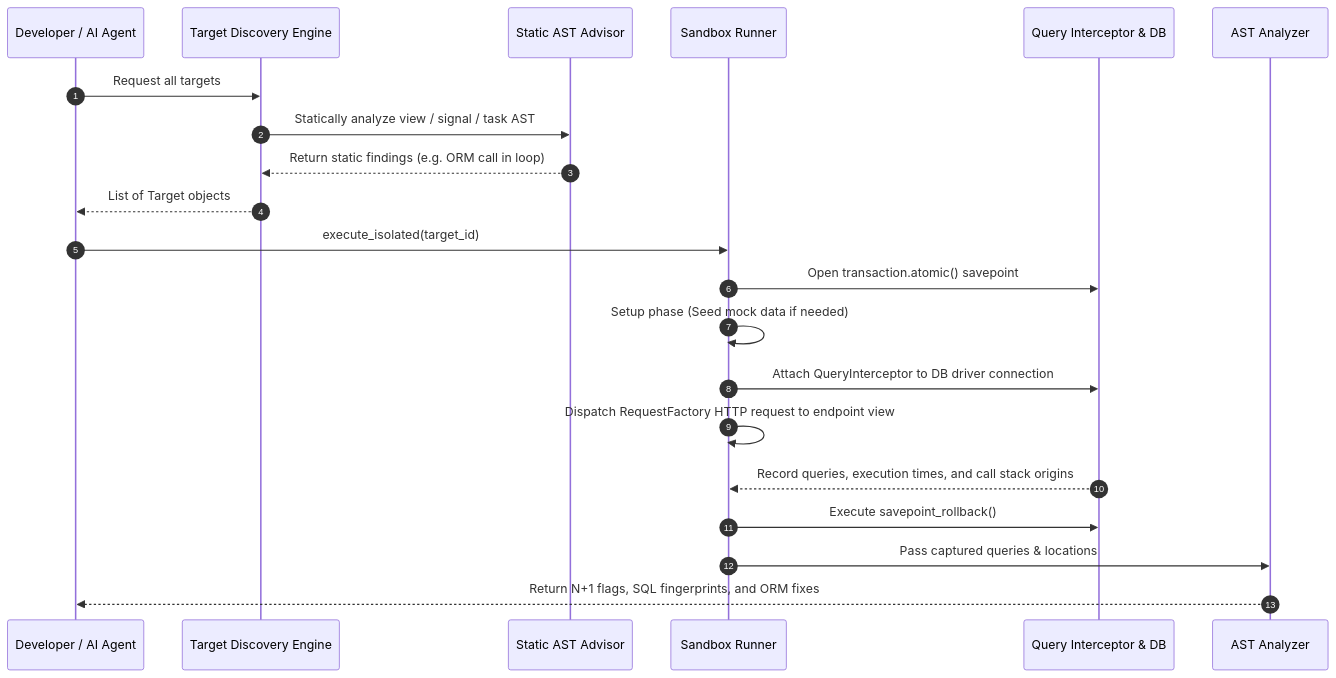
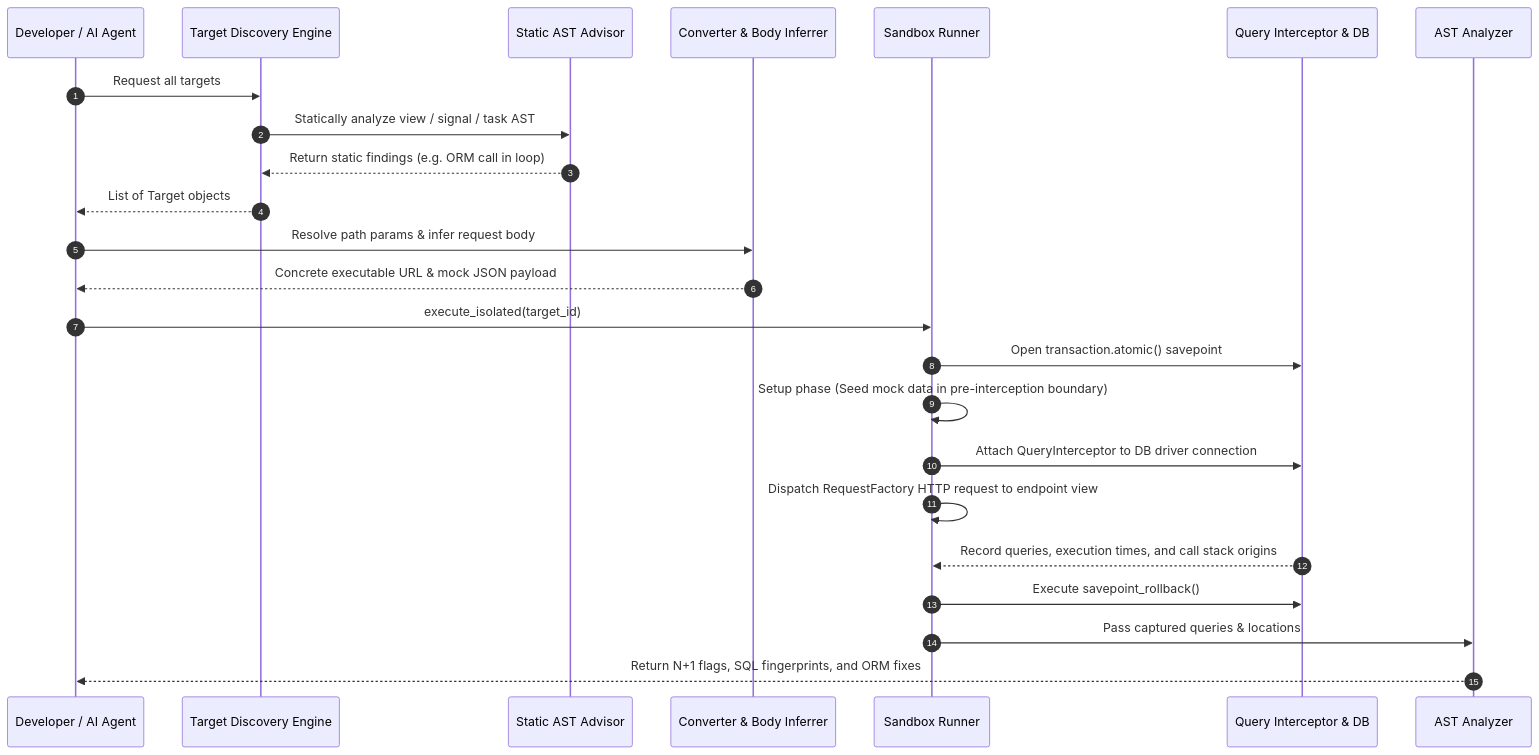
Before and after one commit to Profysr/query-profiler: the diagram in architecture.md, drawn with Mermaid. The commit also changed other lines of this file and 6 other files, not shown here.

````diff
--- a/architecture.md
+++ b/architecture.md
@@ -96,25 +111,29 @@
 ```mermaid
 sequenceDiagram
     autonumber
     participant Dev as Developer / AI Agent
     participant Disc as Target Discovery Engine
     participant Adv as Static AST Advisor
+    participant Conv as Converter & Body Inferrer
     participant Run as Sandbox Runner
     participant DB as Query Interceptor & DB
     participant Ana as AST Analyzer
 
     Dev->>Disc: Request all targets
     Disc->>Adv: Statically analyze view / signal / task AST
     Adv-->>Disc: Return static findings (e.g. ORM call in loop)
     Disc-->>Dev: List of Target objects
 
+    Dev->>Conv: Resolve path params & infer request body
+    Conv-->>Dev: Concrete executable URL & mock JSON payload
+
     Dev->>Run: execute_isolated(target_id)
     Run->>DB: Open transaction.atomic() savepoint
-    Run->>Run: Setup phase (Seed mock data if needed)
+    Run->>Run: Setup phase (Seed mock data in pre-interception boundary)
     Run->>DB: Attach QueryInterceptor to DB driver connection
     Run->>Run: Dispatch RequestFactory HTTP request to endpoint view
     DB-->>Run: Record queries, execution times, and call stack origins
     Run->>DB: Execute savepoint_rollback()
     Run->>Ana: Pass captured queries & locations
     Ana-->>Dev: Return N+1 flags, SQL fingerprints, and ORM fixes
 ```
````
